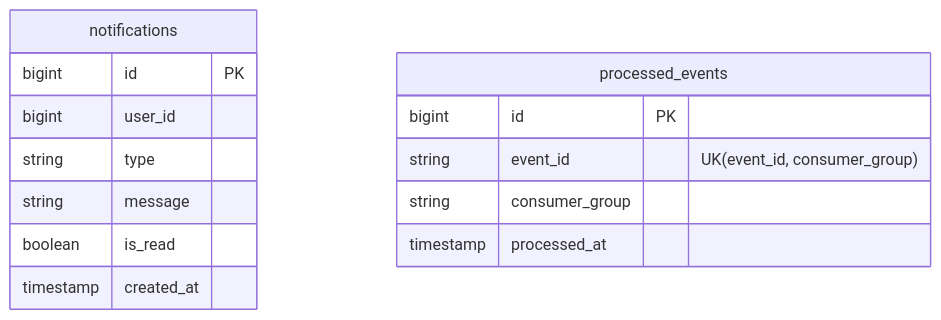
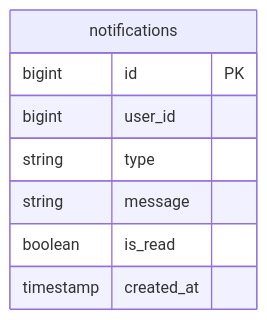
Before and after one commit to Kimgyuilli/PeekCart: the fifth of 5 diagrams in docs/05-data-design.md, drawn with Mermaid. The commit also changed other lines of this file, not shown here.

First line of the commit message:
docs(data): ERD 를 마이그레이션 최종 스키마로 맞추고 공통 메시징 테이블 정리

````diff
--- a/docs/05-data-design.md
+++ b/docs/05-data-design.md
@@ -292,17 +305,11 @@
 ```mermaid
 erDiagram
   notifications {
     bigint id PK
     bigint user_id
     string type
     string message
     boolean is_read
     timestamp created_at
   }
-  processed_events {
-    bigint id PK
-    string event_id "UK(event_id, consumer_group)"
-    string consumer_group
-    timestamp processed_at
-  }
 ```
````
